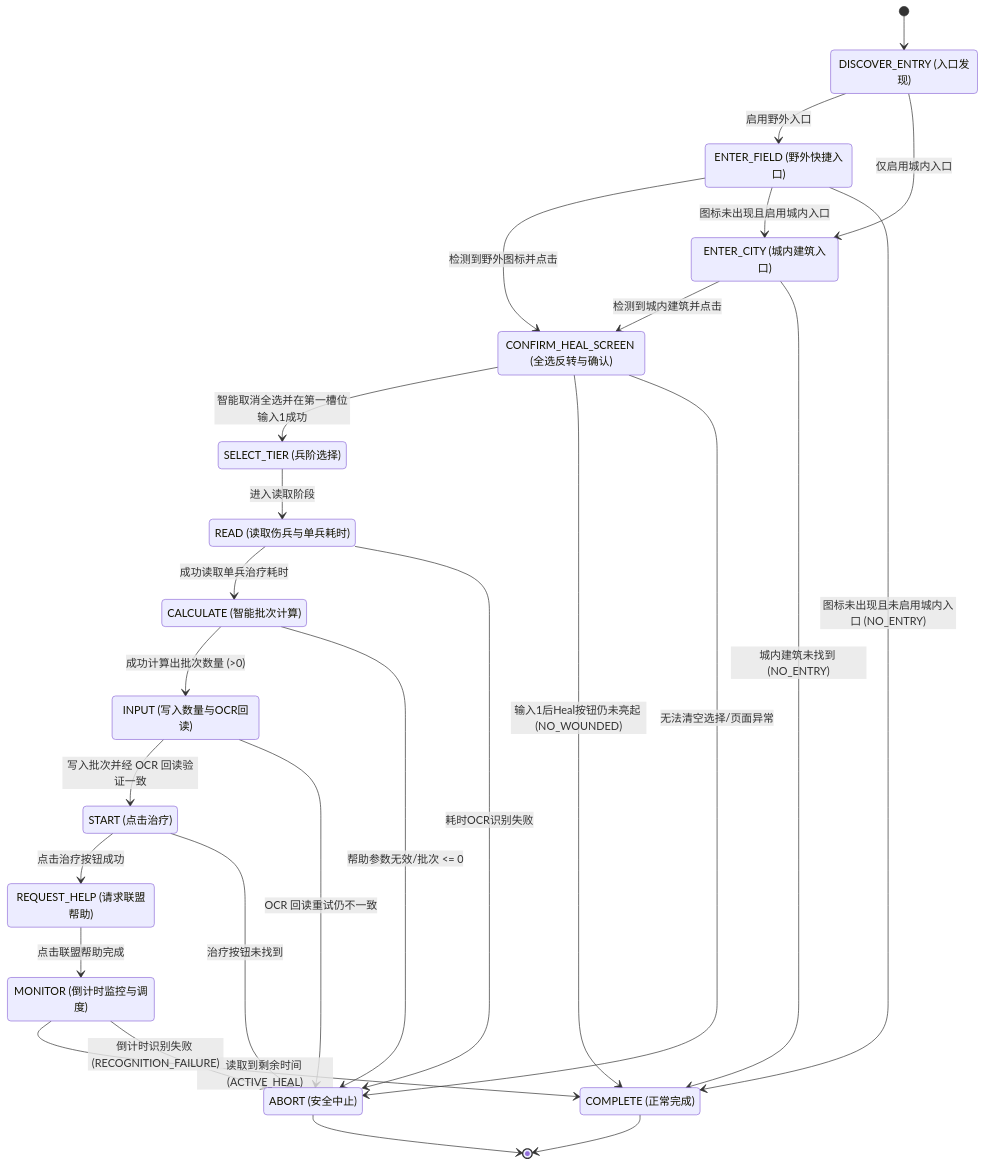
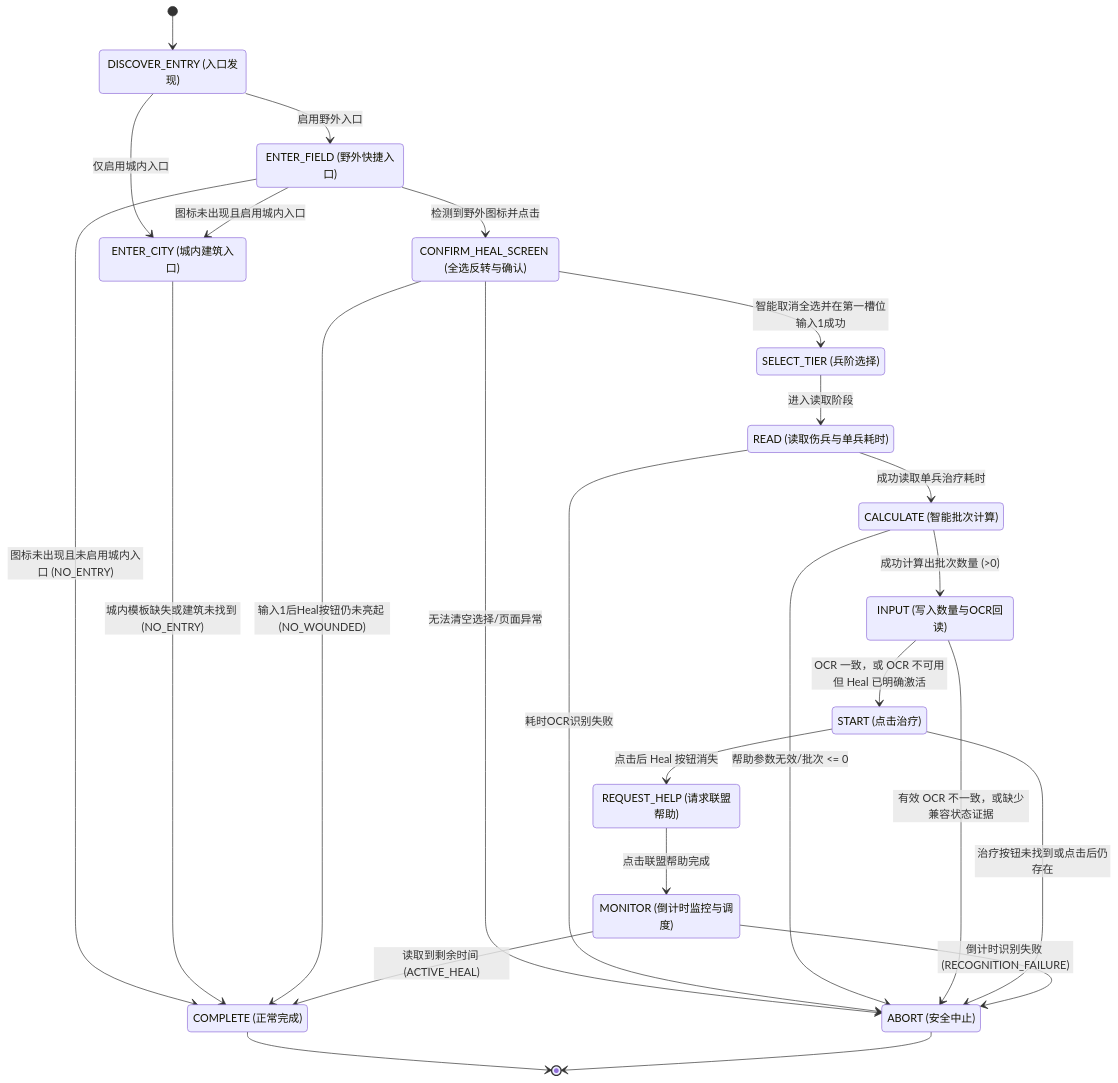
The second of 2 diagrams in docs/task/bear-rally-hospital-recovery-plan.md (Privatexiao/wosbot), drawn with Mermaid before and after one commit. The commit also changed other lines of this file and 2 other files, not shown here.

````diff
--- a/docs/task/bear-rally-hospital-recovery-plan.md
+++ b/docs/task/bear-rally-hospital-recovery-plan.md
@@ -86,54 +86,53 @@
 ```mermaid
 stateDiagram-v2
     [*] --> DISCOVER_ENTRY
     
     state "DISCOVER_ENTRY (入口发现)" as DISCOVER_ENTRY
     state "ENTER_FIELD (野外快捷入口)" as ENTER_FIELD
     state "ENTER_CITY (城内建筑入口)" as ENTER_CITY
     state "CONFIRM_HEAL_SCREEN (全选反转与确认)" as CONFIRM_HEAL_SCREEN
     state "SELECT_TIER (兵阶选择)" as SELECT_TIER
     state "READ (读取伤兵与单兵耗时)" as READ
     state "CALCULATE (智能批次计算)" as CALCULATE
     state "INPUT (写入数量与OCR回读)" as INPUT
     state "START (点击治疗)" as START
     state "REQUEST_HELP (请求联盟帮助)" as REQUEST_HELP
     state "MONITOR (倒计时监控与调度)" as MONITOR
     state "COMPLETE (正常完成)" as COMPLETE
     state "ABORT (安全中止)" as ABORT
 
     DISCOVER_ENTRY --> ENTER_FIELD: 启用野外入口
     DISCOVER_ENTRY --> ENTER_CITY: 仅启用城内入口
     
     ENTER_FIELD --> CONFIRM_HEAL_SCREEN: 检测到野外图标并点击
     ENTER_FIELD --> ENTER_CITY: 图标未出现且启用城内入口
     ENTER_FIELD --> COMPLETE: 图标未出现且未启用城内入口 (NO_ENTRY)
     
-    ENTER_CITY --> CONFIRM_HEAL_SCREEN: 检测到城内建筑并点击
-    ENTER_CITY --> COMPLETE: 城内建筑未找到 (NO_ENTRY)
+    ENTER_CITY --> COMPLETE: 城内模板缺失或建筑未找到 (NO_ENTRY)
     
     CONFIRM_HEAL_SCREEN --> SELECT_TIER: 智能取消全选并在第一槽位输入1成功
     CONFIRM_HEAL_SCREEN --> COMPLETE: 输入1后Heal按钮仍未亮起 (NO_WOUNDED)
     CONFIRM_HEAL_SCREEN --> ABORT: 无法清空选择/页面异常
     
     SELECT_TIER --> READ: 进入读取阶段
     
     READ --> CALCULATE: 成功读取单兵治疗耗时
     READ --> ABORT: 耗时OCR识别失败
     
     CALCULATE --> INPUT: 成功计算出批次数量 (>0)
     CALCULATE --> ABORT: 帮助参数无效/批次 <= 0
     
-    INPUT --> START: 写入批次并经 OCR 回读验证一致
-    INPUT --> ABORT: OCR 回读重试仍不一致
+    INPUT --> START: OCR 一致，或 OCR 不可用但 Heal 已明确激活
+    INPUT --> ABORT: 有效 OCR 不一致，或缺少兼容状态证据
     
-    START --> REQUEST_HELP: 点击治疗按钮成功
-    START --> ABORT: 治疗按钮未找到
+    START --> REQUEST_HELP: 点击后 Heal 按钮消失
+    START --> ABORT: 治疗按钮未找到或点击后仍存在
     
     REQUEST_HELP --> MONITOR: 点击联盟帮助完成
     
     MONITOR --> COMPLETE: 读取到剩余时间 (ACTIVE_HEAL)
     MONITOR --> ABORT: 倒计时识别失败 (RECOGNITION_FAILURE)
     
     COMPLETE --> [*]
     ABORT --> [*]
 ```
````
